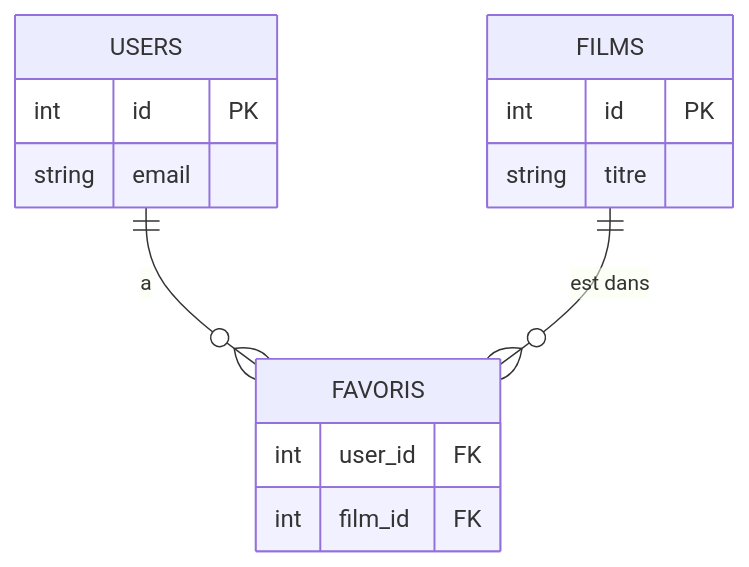
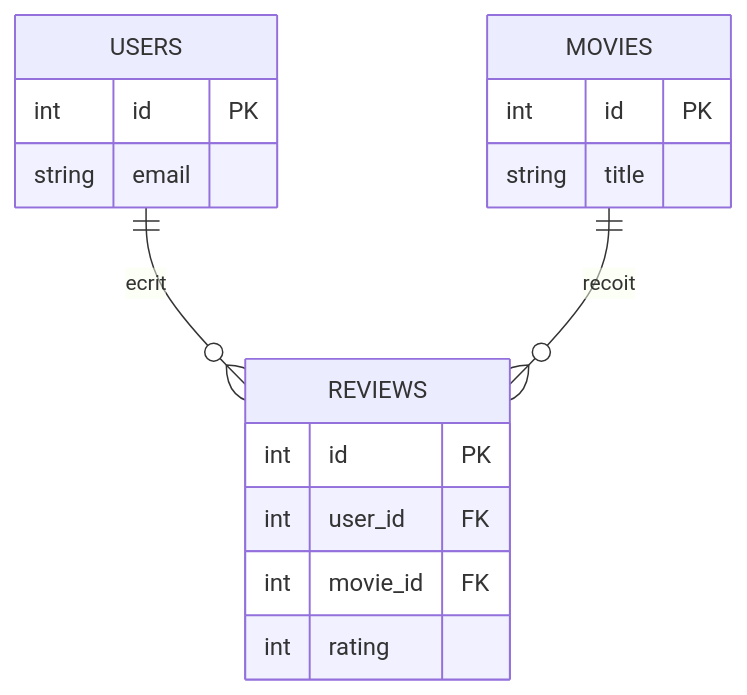
Before and after one commit to galsen-76/Informatique-: the diagram in 03-Langage/SQL/SQL-03-Jointures.md, drawn with Mermaid. The commit also changed other lines of this file and 16 other files, not shown here.

````diff
--- a/03-Langage/SQL/SQL-03-Jointures.md
+++ b/03-Langage/SQL/SQL-03-Jointures.md
@@ -68,17 +28,19 @@
 ```mermaid
 erDiagram
-  USERS ||--o{ FAVORIS : "a"
-  FILMS ||--o{ FAVORIS : "est dans"
+  USERS ||--o{ REVIEWS : ecrit
+  MOVIES ||--o{ REVIEWS : recoit
   USERS {
     int id PK
     string email
   }
-  FILMS {
+  MOVIES {
     int id PK
-    string titre
+    string title
   }
-  FAVORIS {
+  REVIEWS {
+    int id PK
     int user_id FK
-    int film_id FK
+    int movie_id FK
+    int rating
   }
 ```
````
